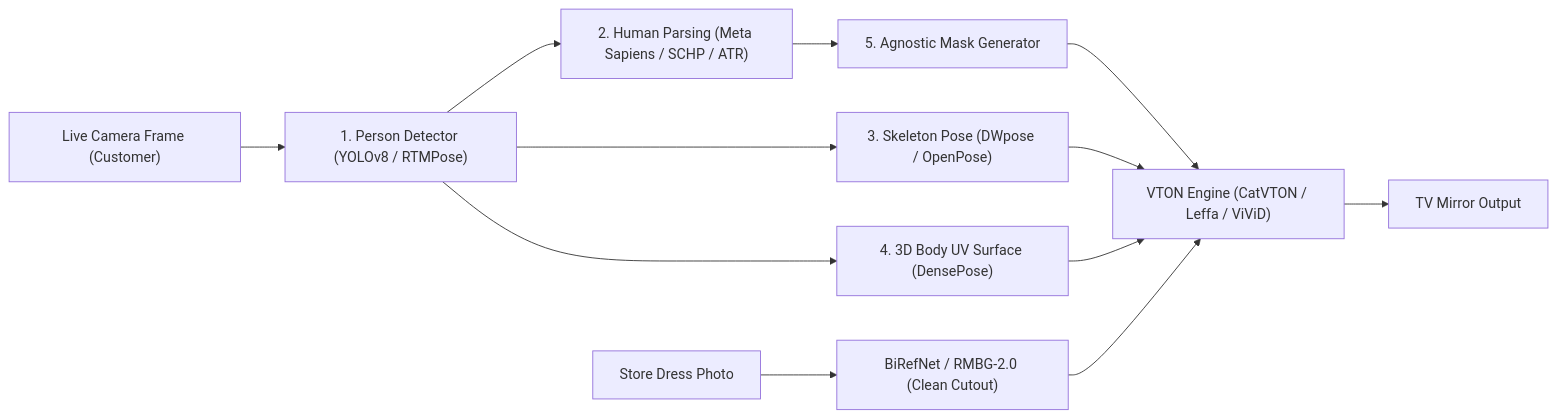
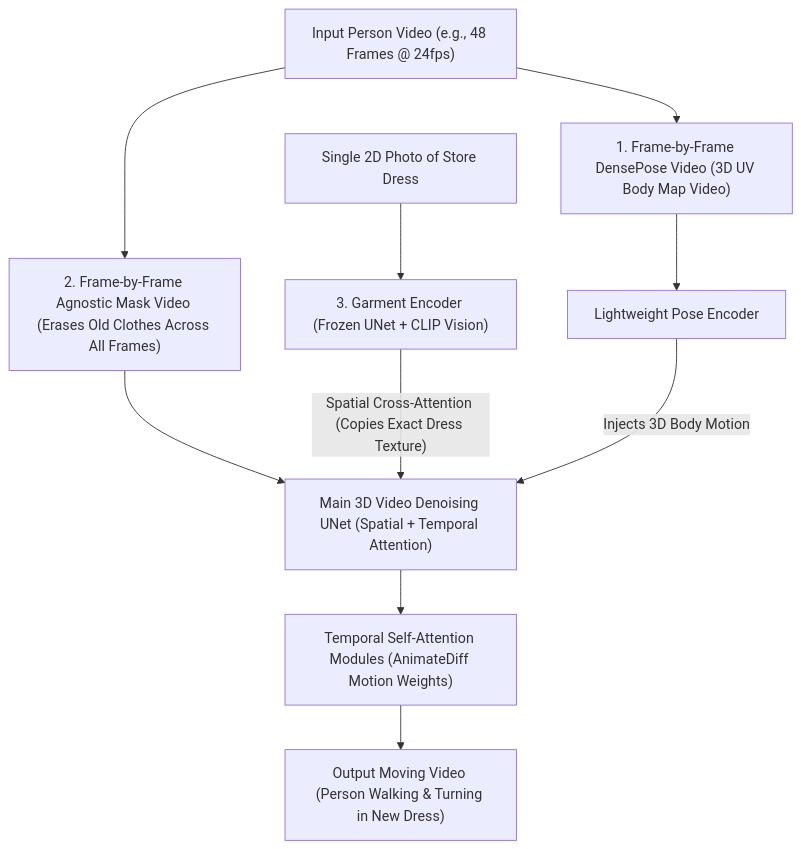
Before and after one commit to shameel0505/siraj: the diagram in VTON_Smart_Mirror_Master_Study.md, drawn with Mermaid. The commit also changed other lines of this file and 19 other files, not shown here.

Commit message:
Remove all Mode 1 (still-after-photo) files and focus exclusively on Moving Video Virtual Try-On

````diff
--- a/VTON_Smart_Mirror_Master_Study.md
+++ b/VTON_Smart_Mirror_Master_Study.md
@@ -86,16 +25,14 @@
 ```mermaid
-flowchart LR
-    Cam["Live Camera Frame (Customer)"] --> Det["1. Person Detector (YOLOv8 / RTMPose)"]
-    Det --> Parse["2. Human Parsing (Meta Sapiens / SCHP / ATR)"]
-    Det --> Pose["3. Skeleton Pose (DWpose / OpenPose)"]
-    Det --> Dense["4. 3D Body UV Surface (DensePose)"]
-    Parse --> Mask["5. Agnostic Mask Generator"]
+flowchart TD
+    Vid["Input Person Video (e.g., 48 Frames @ 24fps)"] --> Step1["1. Frame-by-Frame DensePose Video (3D UV Body Map Video)"]
+    Vid --> Step2["2. Frame-by-Frame Agnostic Mask Video (Erases Old Clothes Across All Frames)"]
+    Dress["Single 2D Photo of Store Dress"] --> Step3["3. Garment Encoder (Frozen UNet + CLIP Vision)"]
     
-    Dress["Store Dress Photo"] --> BgRem["BiRefNet / RMBG-2.0 (Clean Cutout)"]
+    Step1 --> PoseEnc["Lightweight Pose Encoder"]
+    Step2 --> Denoise["Main 3D Video Denoising UNet (Spatial + Temporal Attention)"]
+    Step3 -->|"Spatial Cross-Attention (Copies Exact Dress Texture)"| Denoise
+    PoseEnc -->|"Injects 3D Body Motion"| Denoise
     
-    Mask --> Engine["VTON Engine (CatVTON / Leffa / ViViD)"]
-    Pose --> Engine
-    Dense --> Engine
-    BgRem --> Engine
-    Engine --> Out["TV Mirror Output"]
+    Denoise --> Temp["Temporal Self-Attention Modules (AnimateDiff Motion Weights)"]
+    Temp --> OutVid["Output Moving Video (Person Walking & Turning in New Dress)"]
 ```
````
